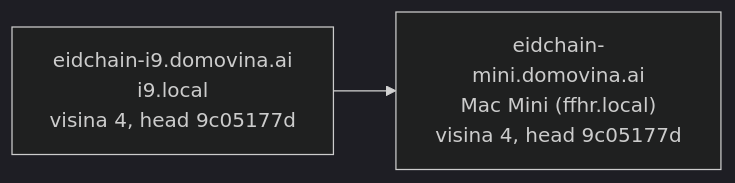
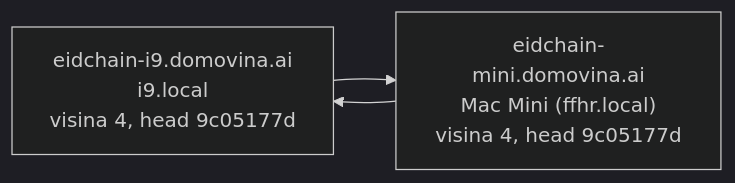
The first of 2 diagrams in docs/chain-map.md (stepanic/eidchain), drawn with Mermaid (dark theme) before and after one commit. The commit also changed other lines of this file and 1 other file, not shown here.

````diff
--- a/docs/chain-map.md
+++ b/docs/chain-map.md
@@ -15,6 +15,7 @@
 ```mermaid
 flowchart LR
   https___eidchain_i9_domovina_ai_chain["eidchain-i9.domovina.ai<br/>i9.local<br/>visina 4, head 9c05177d"]
   https___eidchain_mini_domovina_ai_chain["eidchain-mini.domovina.ai<br/>Mac Mini (ffhr.local)<br/>visina 4, head 9c05177d"]
   https___eidchain_i9_domovina_ai_chain --> https___eidchain_mini_domovina_ai_chain
+  https___eidchain_mini_domovina_ai_chain --> https___eidchain_i9_domovina_ai_chain
 ```
````
